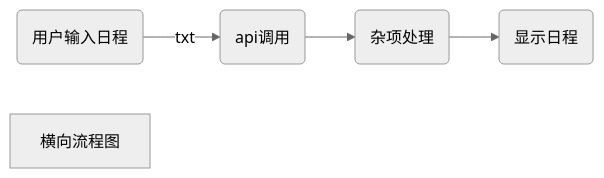
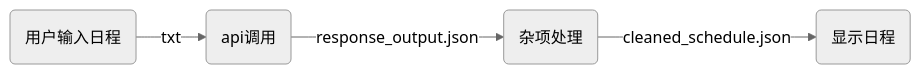
Before and after one commit to yi-qi7/ChronoHive: the diagram in src/main/核心功能实现/README.md, drawn with Mermaid (neutral theme).

````diff
--- a/src/main/核心功能实现/README.md
+++ b/src/main/核心功能实现/README.md
@@ -3,7 +3,6 @@
 ```mermaid
 graph LR
 A(用户输入日程) --> |txt|B(api调用)
-     B --> C(杂项处理 )
-     C --> E(显示日程)
-     F[横向流程图]
+     B --> |response_output.json| C(杂项处理 )
+     C --> |cleaned_schedule.json| E(显示日程)
  ```
````
